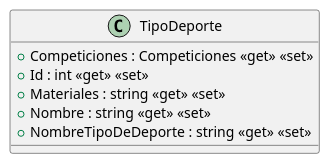
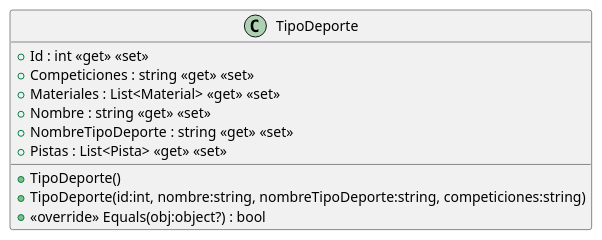
Before and after one commit to ISII2627CDGJ/ISII2627CDG: the diagram in src/AppForSEII.API/ClassDiagram/src/AppForSEII.API/Models/TipoDeporte.puml, drawn with PlantUML. The commit also changed 1 other file, not shown here.

Commit message:
Modificar clase TipoDeporte para CU-2

```diff
--- a/src/AppForSEII.API/ClassDiagram/src/AppForSEII.API/Models/TipoDeporte.puml
+++ b/src/AppForSEII.API/ClassDiagram/src/AppForSEII.API/Models/TipoDeporte.puml
@@ -1,12 +1,13 @@
 @startuml
 class TipoDeporte {
-    + Competiciones : Competiciones <<get>> <<set>>
     + Id : int <<get>> <<set>>
-    + Materiales : string <<get>> <<set>>
+    + Competiciones : string <<get>> <<set>>
+    + Materiales : List<Material> <<get>> <<set>>
     + Nombre : string <<get>> <<set>>
-    + NombreTipoDeDeporte : string <<get>> <<set>>
-
+    + NombreTipoDeporte : string <<get>> <<set>>
+    + Pistas : List<Pista> <<get>> <<set>>
+    + TipoDeporte()
+    + TipoDeporte(id:int, nombre:string, nombreTipoDeporte:string, competiciones:string)
+    + <<override>> Equals(obj:object?) : bool
 }
-
-
 @enduml
```
